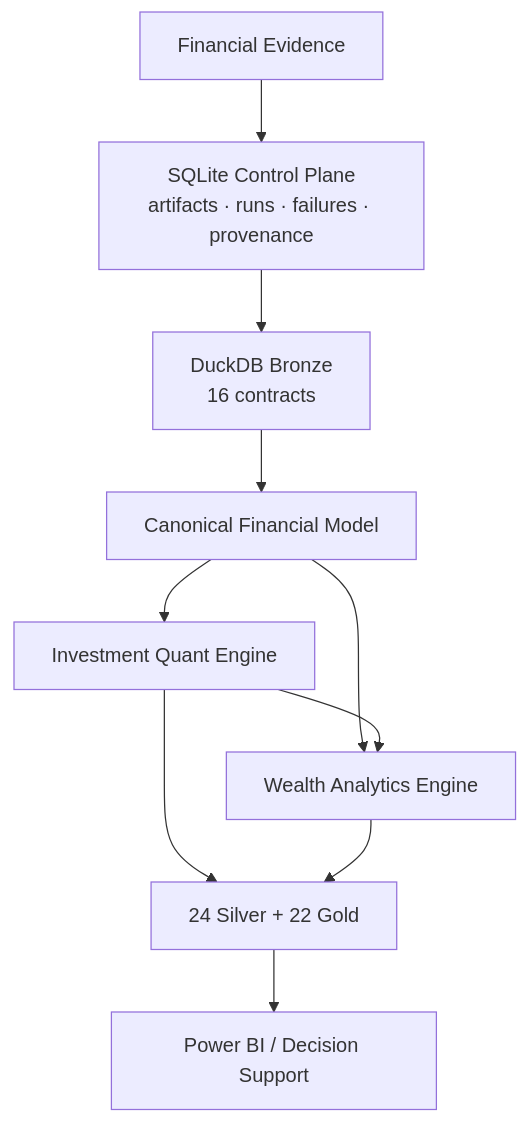
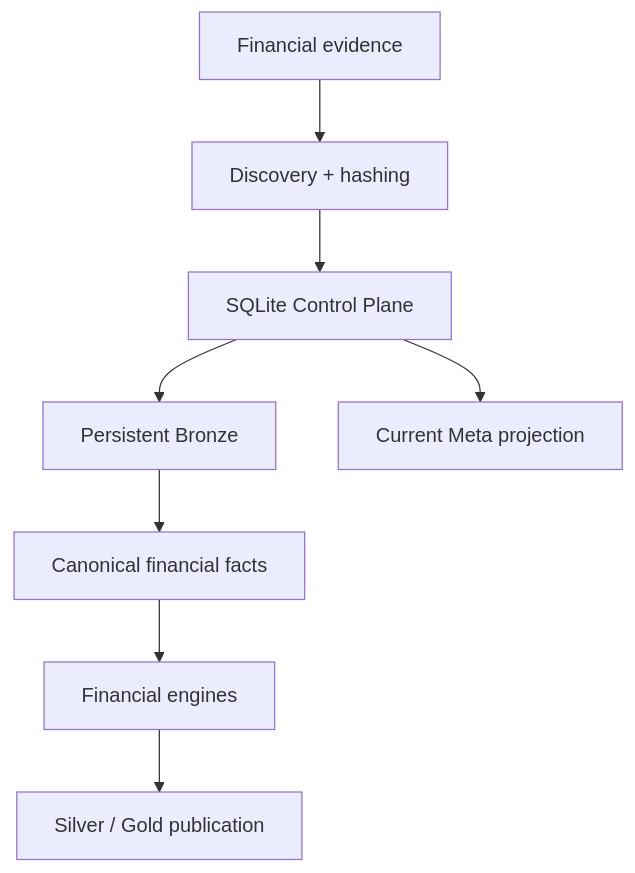
Before and after one commit to tks18/personal-finance-etl: the second of 12 diagrams in docs/about/project.md, drawn with Mermaid. The commit also changed other lines of this file, not shown here.

````diff
--- a/docs/about/project.md
+++ b/docs/about/project.md
@@ -104,12 +78,10 @@
 ```mermaid
 flowchart TB
-    SRC["Financial Evidence"] --> CP["SQLite Control Plane<br/>artifacts · runs · failures · provenance"]
-    CP --> BR["DuckDB Bronze<br/>16 contracts"]
-    BR --> CAN["Canonical Financial Model"]
-    CAN --> INV["Investment Quant Engine"]
-    CAN --> HH["Wealth Analytics Engine"]
-    INV --> HH
-    INV --> SG["24 Silver + 22 Gold"]
-    HH --> SG
-    SG --> BI["Power BI / Decision Support"]
+    SRC["Financial evidence"] --> DISC["Discovery + hashing"]
+    DISC --> CP["SQLite Control Plane"]
+    CP --> BR["Persistent Bronze"]
+    BR --> CAN["Canonical financial facts"]
+    CAN --> ENG["Financial engines"]
+    ENG --> PUB["Silver / Gold publication"]
+    CP --> META["Current Meta projection"]
 ```
````
